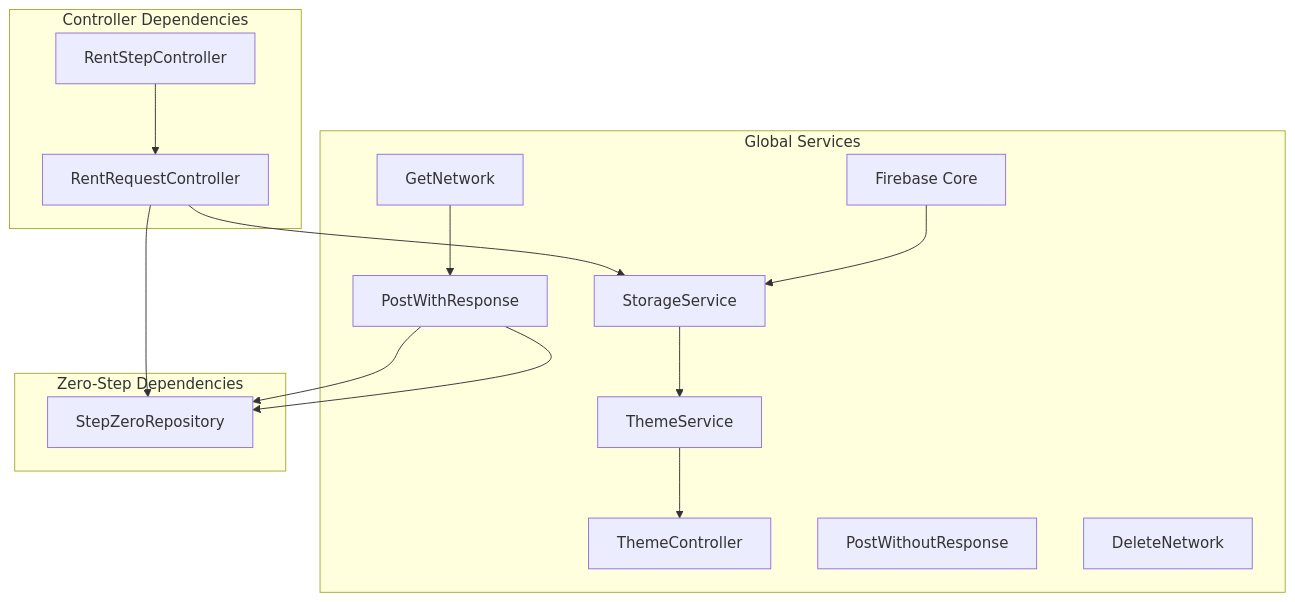
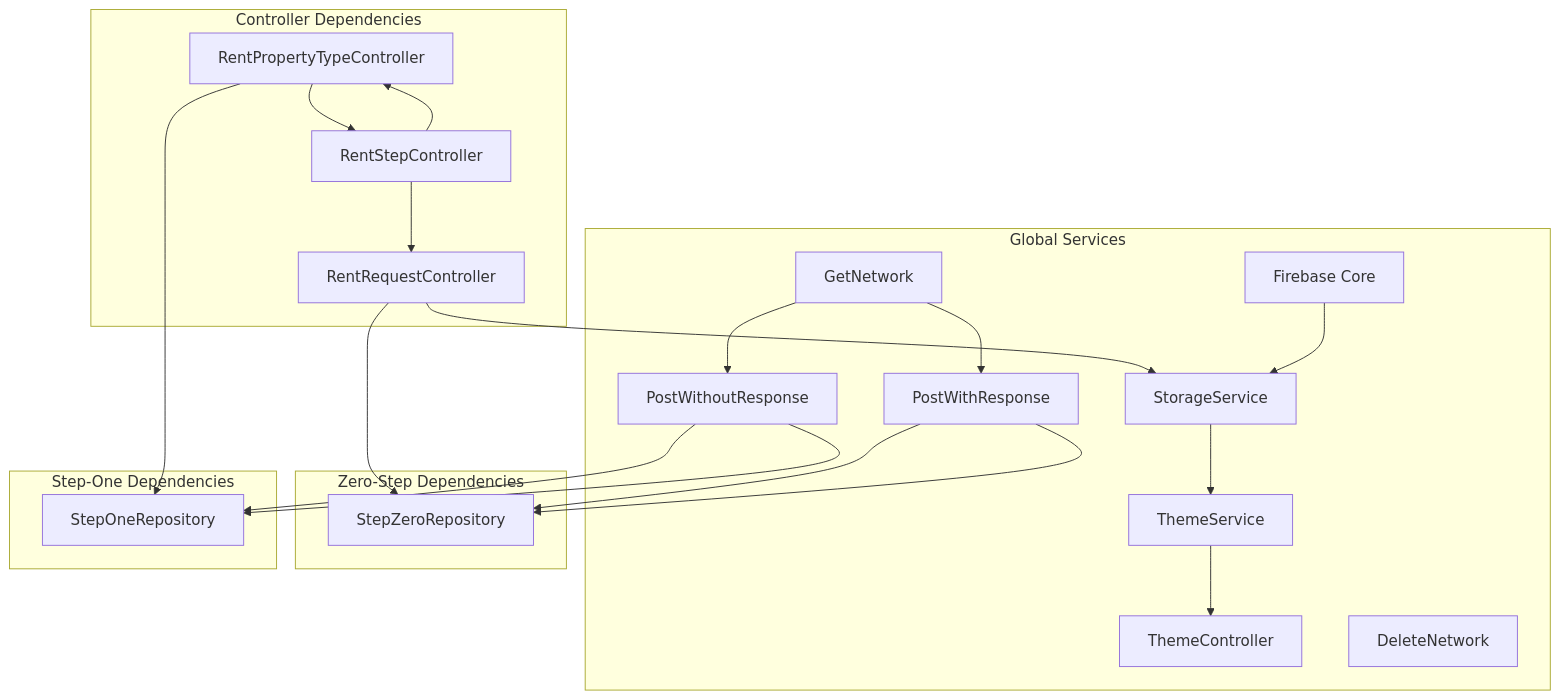
The seventh of 7 diagrams in .qoder/repowiki/en/content/Core Features/Business Services/Rent Furniture System.md (Ariful3111/FurniGo), drawn with Mermaid before and after one commit. The commit also changed other lines of this file and 2 other files, not shown here.

Commit message:
Some Rent Request Completed

````diff
--- a/.qoder/repowiki/en/content/Core Features/Business Services/Rent Furniture System.md
+++ b/.qoder/repowiki/en/content/Core Features/Business Services/Rent Furniture System.md
@@ -442,29 +563,39 @@
 ```mermaid
 graph TD
 subgraph "Global Services"
 Firebase["Firebase Core"]
 Storage["StorageService"]
 Theme["ThemeService"]
 ThemeController["ThemeController"]
 GetNetwork["GetNetwork"]
 PostWithResponse["PostWithResponse"]
 PostWithoutResponse["PostWithoutResponse"]
 DeleteNetwork["DeleteNetwork"]
 end
 subgraph "Zero-Step Dependencies"
 StepZeroRepository["StepZeroRepository"]
 PostWithResponse --> StepZeroRepository
 end
+subgraph "Step-One Dependencies"
+StepOneRepository["StepOneRepository"]
+PostWithoutResponse --> StepOneRepository
+end
 subgraph "Controller Dependencies"
 RentRequestController["RentRequestController"]
+RentPropertyTypeController["RentPropertyTypeController"]
 RentStepController["RentStepController"]
 RentRequestController --> StepZeroRepository
 RentRequestController --> Storage
+RentPropertyTypeController --> StepOneRepository
+RentPropertyTypeController --> RentStepController
 RentStepController --> RentRequestController
+RentStepController --> RentPropertyTypeController
 end
 Firebase --> Storage
 Storage --> Theme
 Theme --> ThemeController
 GetNetwork --> PostWithResponse
+GetNetwork --> PostWithoutResponse
 PostWithResponse --> StepZeroRepository
+PostWithoutResponse --> StepOneRepository
 ```
````
